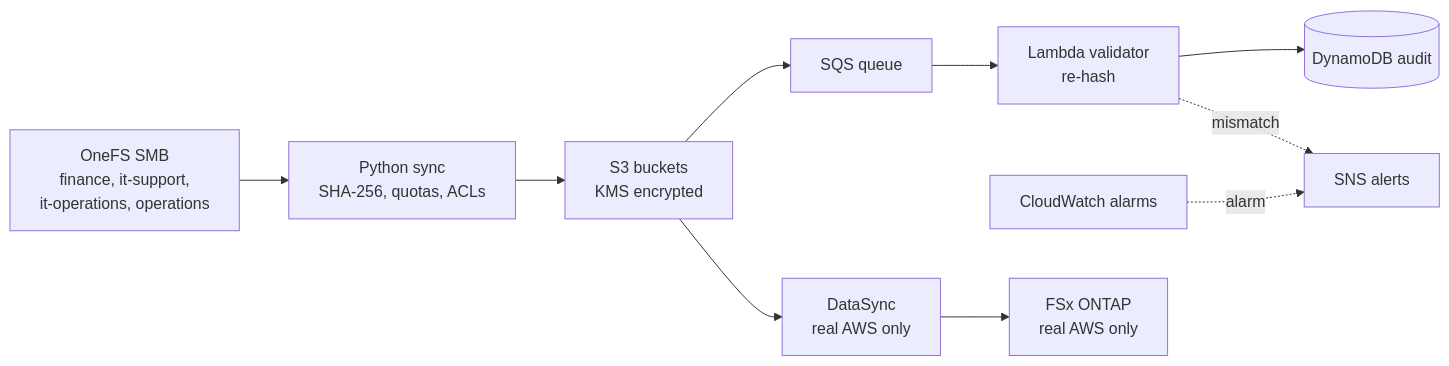
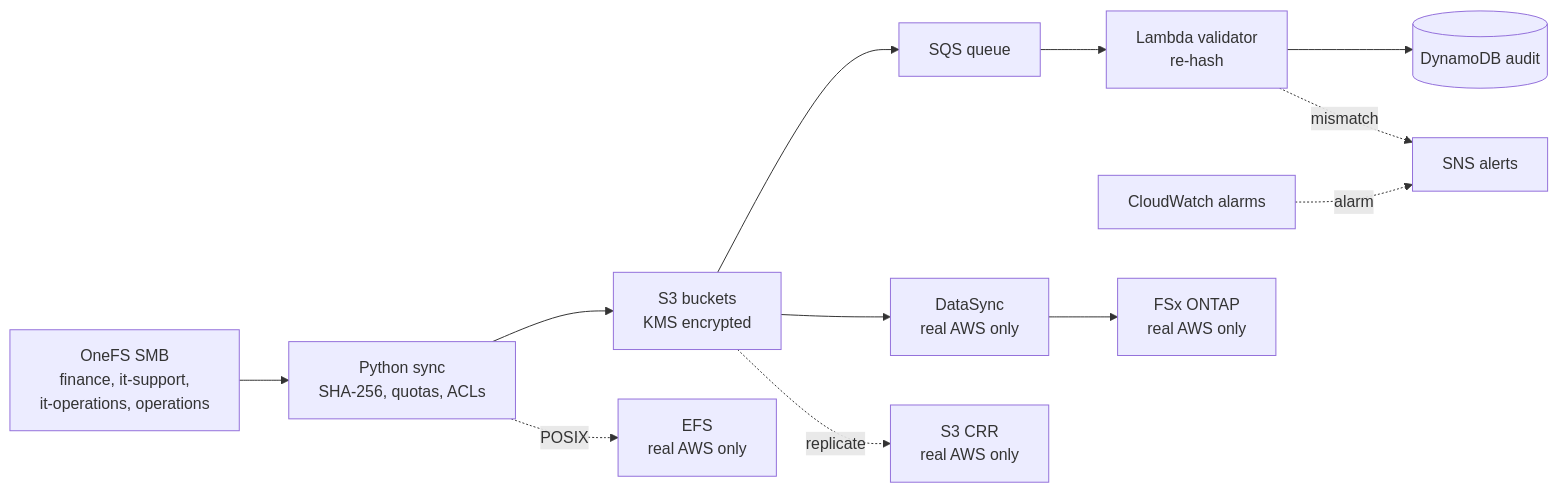
One commit to chanawh/nas-to-aws-migration changed the diagram in README.md. Above: the diagram before and after it, drawn with Mermaid. The commit also changed other lines of this file and 6 other files, not shown here.

First line of the commit message:
Docs for the three v1.3.0 additions (EFS, comparison, CRR)

````diff
--- a/README.md
+++ b/README.md
@@ -52,18 +55,22 @@
 ```mermaid
 flowchart LR
     OneFS[OneFS SMB\nfinance, it-support,\nit-operations, operations]
     Sync[Python sync\nSHA-256, quotas, ACLs]
     S3[S3 buckets\nKMS encrypted]
     SQS[SQS queue]
     Lambda[Lambda validator\nre-hash]
     DDB[(DynamoDB audit)]
     SNS[SNS alerts]
     CW[CloudWatch alarms]
     DS[DataSync\nreal AWS only]
     FSx[FSx ONTAP\nreal AWS only]
+    EFS[EFS\nreal AWS only]
+    CRR[S3 CRR\nreal AWS only]
     OneFS --> Sync --> S3
     S3 --> SQS --> Lambda --> DDB
     Lambda -. mismatch .-> SNS
     CW -. alarm .-> SNS
     S3 --> DS --> FSx
+    Sync -. POSIX .-> EFS
+    S3 -. replicate .-> CRR
 ```
````
